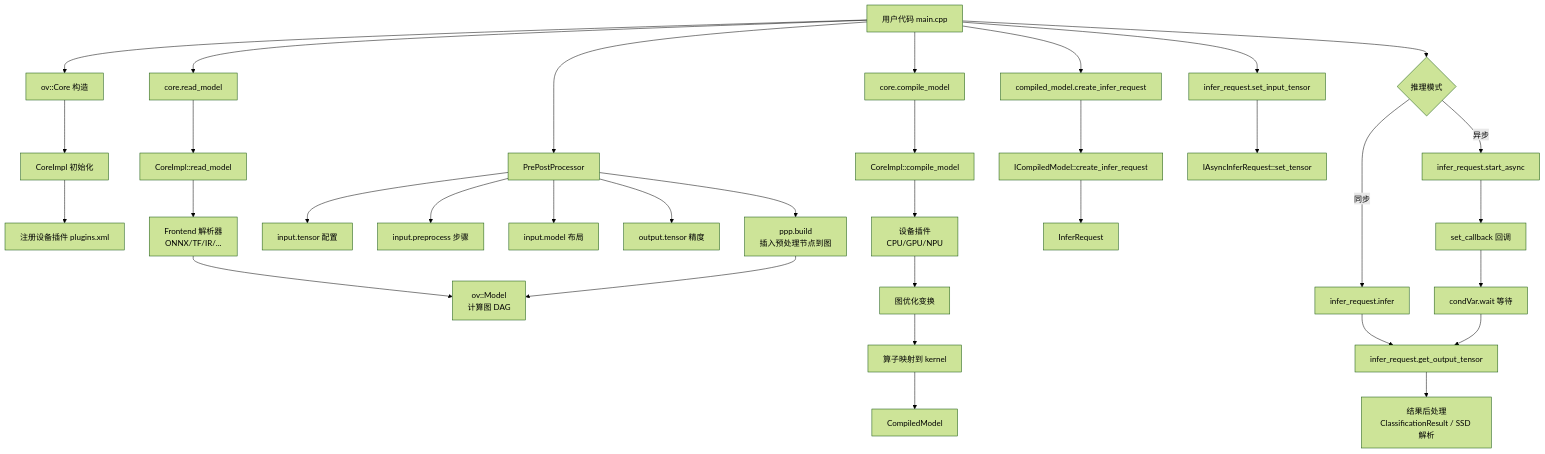
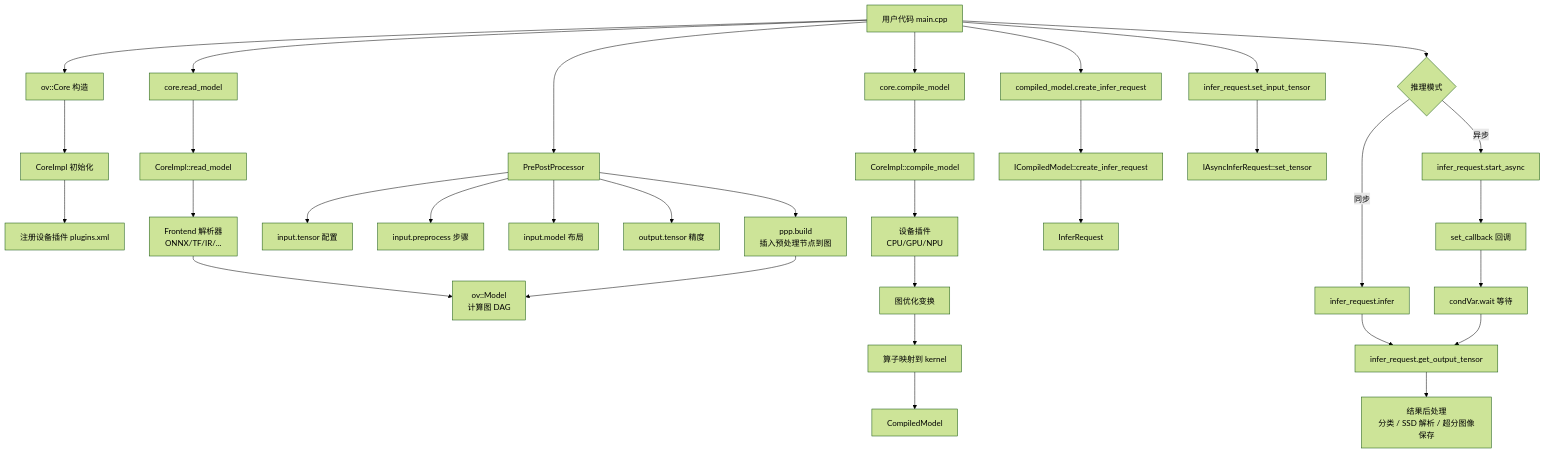
The first of 3 diagrams in research.md (hongbolv/openvino), drawn with Mermaid (forest theme) before and after one commit. The commit also changed other lines of this file, not shown here.

Commit message:
Replace hello_classification with Real-ESRGAN inference example in research.md

````diff
--- a/research.md
+++ b/research.md
@@ -730,43 +949,43 @@
 ```mermaid
 graph TD
     A[用户代码 main.cpp] --> B[ov::Core 构造]
     B --> B1[CoreImpl 初始化]
     B1 --> B2[注册设备插件 plugins.xml]
 
     A --> C[core.read_model]
     C --> C1[CoreImpl::read_model]
     C1 --> C2[Frontend 解析器<br/>ONNX/TF/IR/...]
     C2 --> C3[ov::Model<br/>计算图 DAG]
 
     A --> D[PrePostProcessor]
     D --> D1[input.tensor 配置]
     D --> D2[input.preprocess 步骤]
     D --> D3[input.model 布局]
     D --> D4[output.tensor 精度]
     D --> D5[ppp.build<br/>插入预处理节点到图]
     D5 --> C3
 
     A --> E[core.compile_model]
     E --> E1[CoreImpl::compile_model]
     E1 --> E2[设备插件<br/>CPU/GPU/NPU]
     E2 --> E3[图优化变换]
     E3 --> E4[算子映射到 kernel]
     E4 --> E5[CompiledModel]
 
     A --> F[compiled_model.create_infer_request]
     F --> F1[ICompiledModel::create_infer_request]
     F1 --> F2[InferRequest]
 
     A --> G[infer_request.set_input_tensor]
     G --> G1[IAsyncInferRequest::set_tensor]
 
     A --> H{推理模式}
     H -->|同步| I[infer_request.infer]
     H -->|异步| J[infer_request.start_async]
     J --> J1[set_callback 回调]
     J1 --> J2[condVar.wait 等待]
 
     I --> K[infer_request.get_output_tensor]
     J2 --> K
-    K --> L[结果后处理<br/>ClassificationResult / SSD 解析]
+    K --> L[结果后处理<br/>分类 / SSD 解析 / 超分图像保存]
 ```
````
